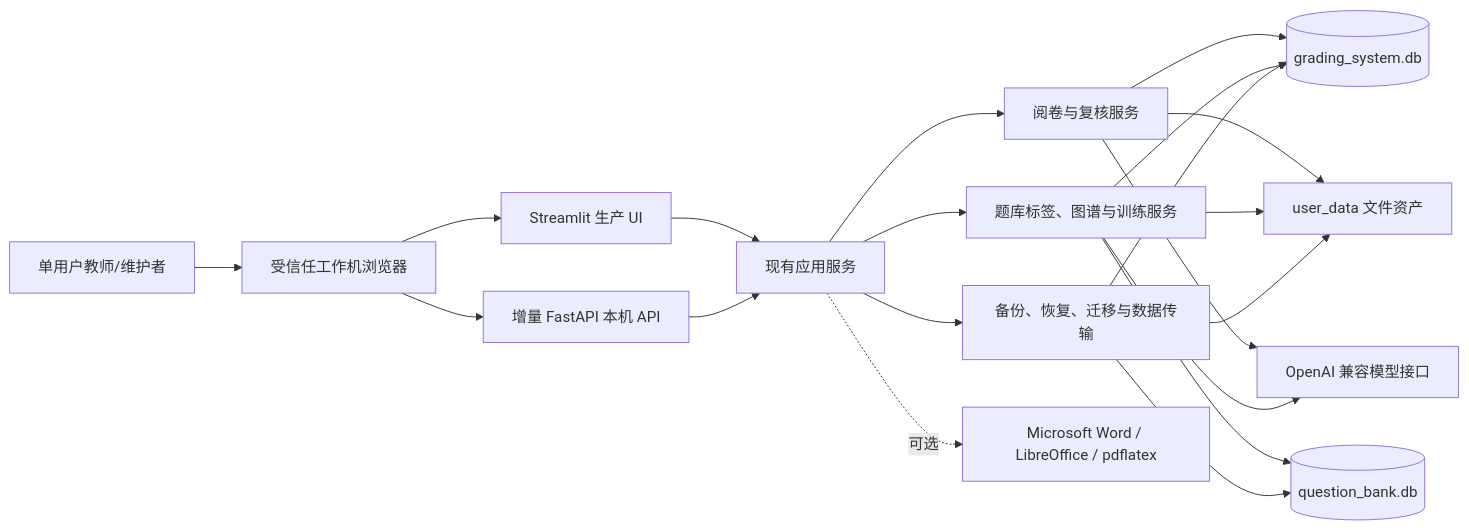
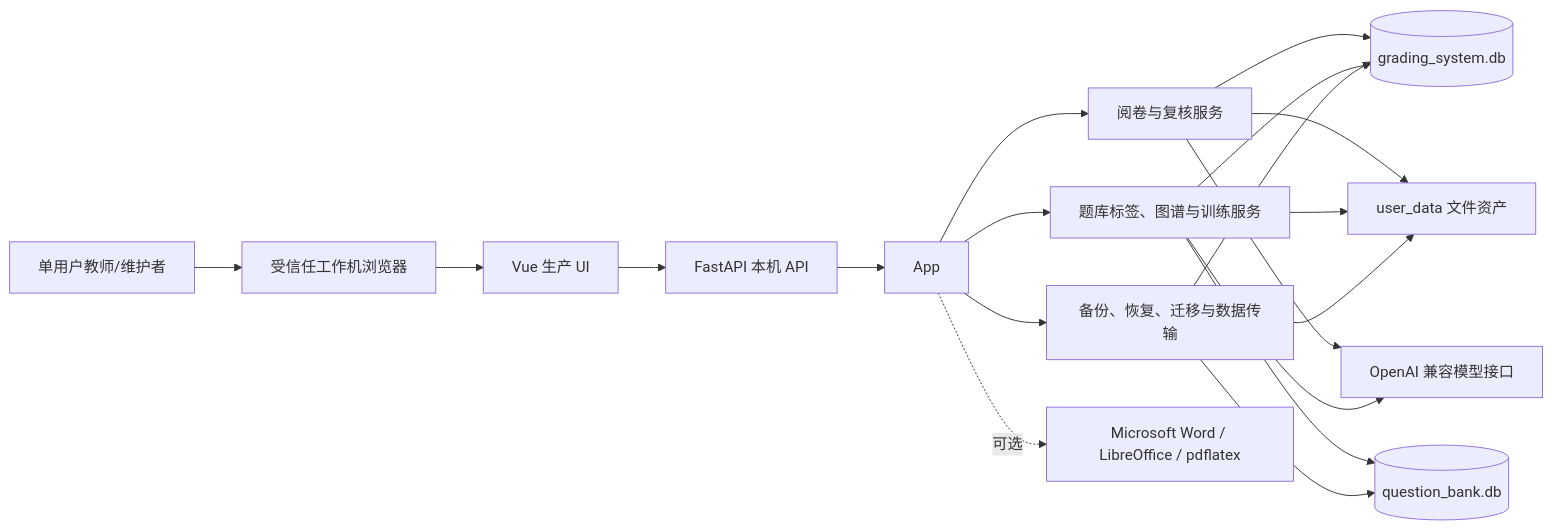
One commit to Hineni412/ai-grading-system-workstation changed the first of 5 diagrams in ARCHITECTURE.md. Above: the diagram before and after it, drawn with Mermaid. The commit also changed other lines of this file and 2 other files, not shown here.

Commit message:
docs: align product entry after Streamlit retirement

````diff
--- a/ARCHITECTURE.md
+++ b/ARCHITECTURE.md
@@ -124,27 +126,25 @@
 ```mermaid
 flowchart LR
     User["单用户教师/维护者"] --> Browser["受信任工作机浏览器"]
-    Browser --> Streamlit["Streamlit 生产 UI"]
-    Browser --> API["增量 FastAPI 本机 API"]
-
-    Streamlit --> App["现有应用服务"]
+    Browser --> Vue["Vue 生产 UI"]
+    Vue --> API["FastAPI 本机 API"]
     API --> App
 
     App --> Grading["阅卷与复核服务"]
     App --> Bank["题库标签、图谱与训练服务"]
     App --> Ops["备份、恢复、迁移与数据传输"]
 
     Grading --> GradingDB[("grading_system.db")]
     Bank --> GradingDB
     Bank --> BankDB[("question_bank.db")]
     Ops --> GradingDB
     Ops --> BankDB
 
     Grading --> Files["user_data 文件资产"]
     Bank --> Files
     Ops --> Files
 
     Grading --> ModelAPI["OpenAI 兼容模型接口"]
     Bank --> ModelAPI
     App -. "可选" .-> LocalTools["Microsoft Word / LibreOffice / pdflatex"]
 ```
````
